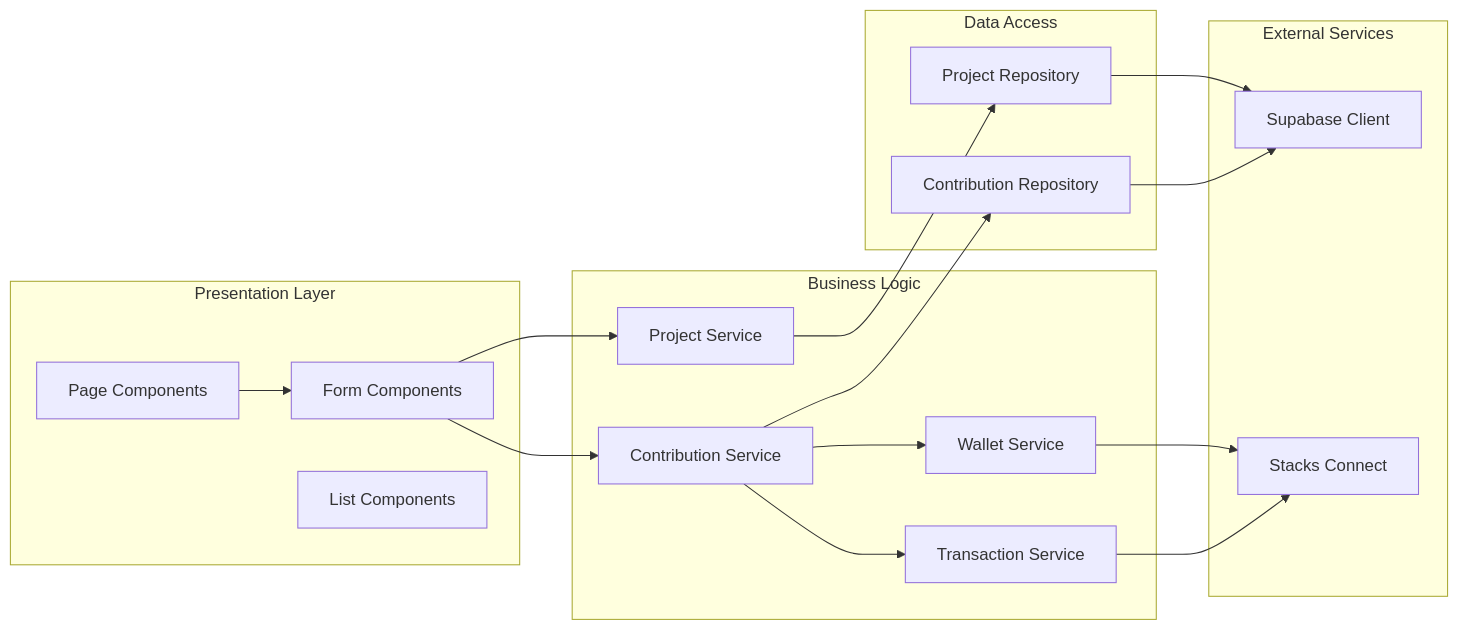
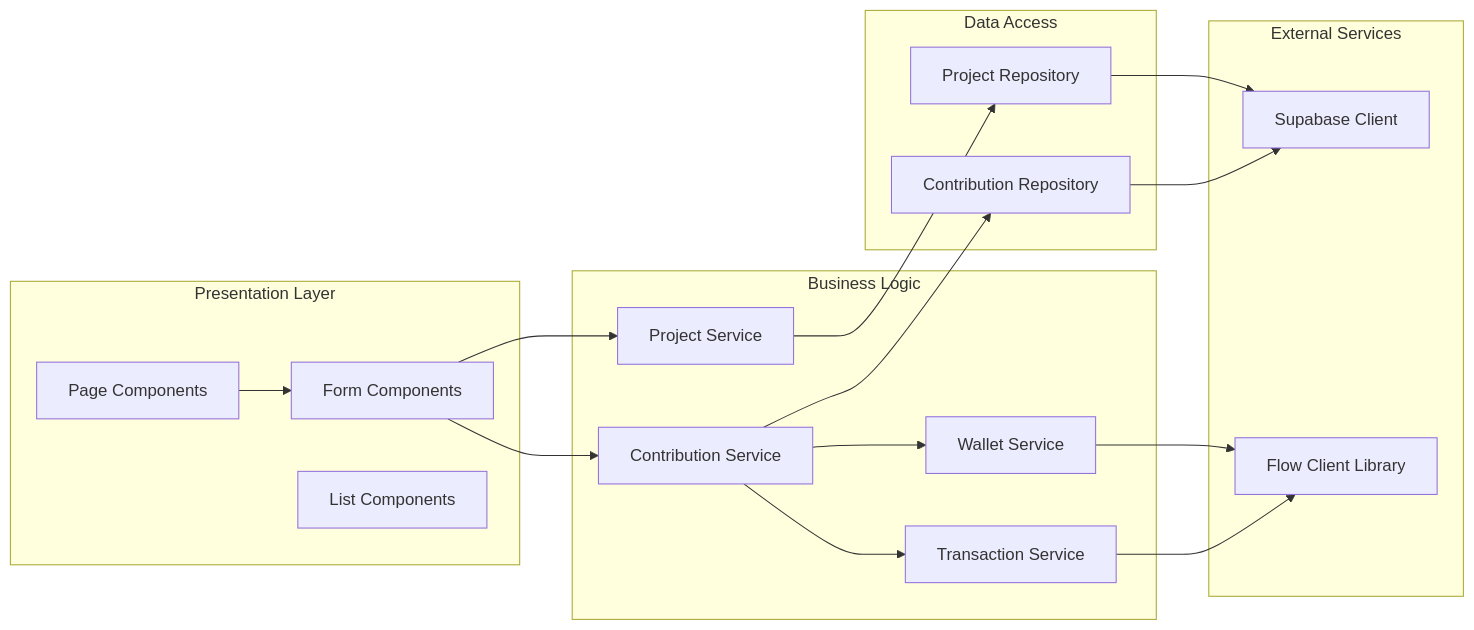
One commit to enliven17/flow-gives changed the second of 9 diagrams in README.md. Above: the diagram before and after it, drawn with Mermaid. The commit also changed other lines of this file and 10 other files, not shown here.

````diff
--- a/README.md
+++ b/README.md
@@ -48,37 +48,37 @@
 ```mermaid
 graph LR
     subgraph "Presentation Layer"
         Pages[Page Components]
         Forms[Form Components]
         Lists[List Components]
     end
     
     subgraph "Business Logic"
         ProjectService[Project Service]
         ContributionService[Contribution Service]
         TransactionService[Transaction Service]
         WalletService[Wallet Service]
     end
     
     subgraph "Data Access"
         ProjectRepo[Project Repository]
         ContributionRepo[Contribution Repository]
     end
     
     subgraph "External Services"
         SupabaseClient[Supabase Client]
-        StacksConnect[Stacks Connect]
+        FCL[Flow Client Library]
     end
     
     Pages --> Forms
     Forms --> ProjectService
     Forms --> ContributionService
     ContributionService --> TransactionService
     ContributionService --> WalletService
     ProjectService --> ProjectRepo
     ContributionService --> ContributionRepo
     ProjectRepo --> SupabaseClient
     ContributionRepo --> SupabaseClient
-    WalletService --> StacksConnect
-    TransactionService --> StacksConnect
+    WalletService --> FCL
+    TransactionService --> FCL
 ```
````
